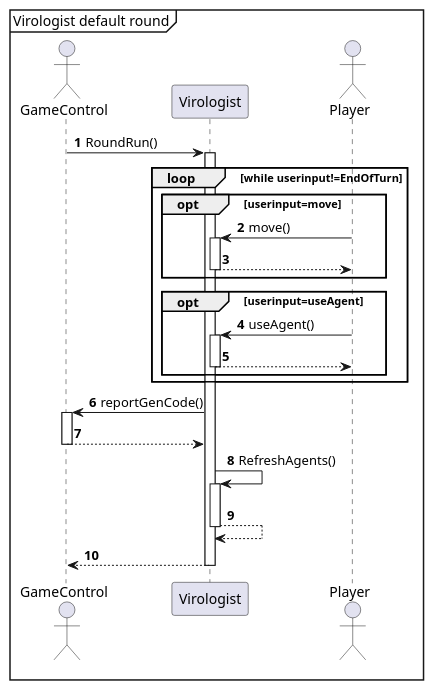
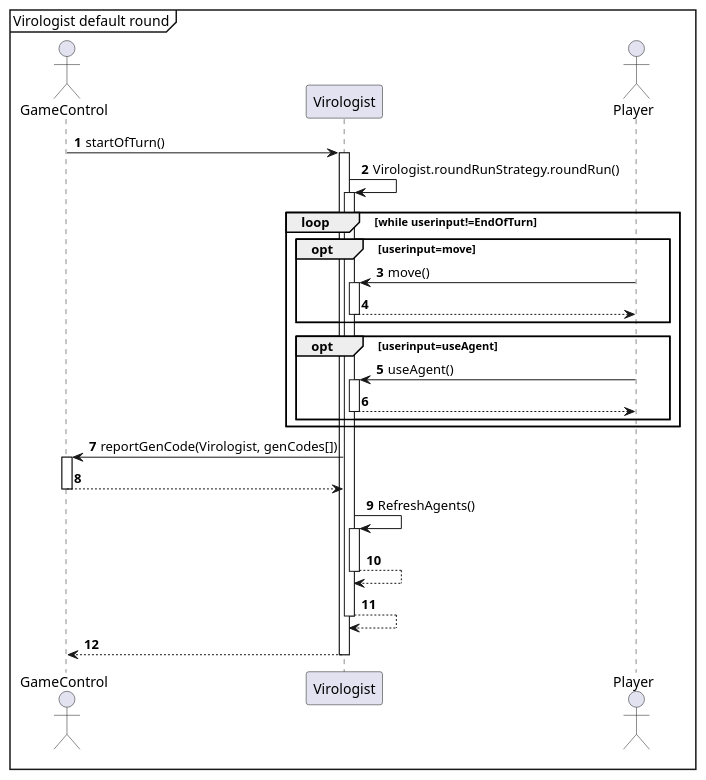
The diagram in sequence-diagram/RoundFlow/RoundFlow.puml (Projlab-csb/projlab-virologus), drawn with PlantUML before and after one commit. The commit also changed 5 other files, not shown here.

```diff
--- a/sequence-diagram/RoundFlow/RoundFlow.puml
+++ b/sequence-diagram/RoundFlow/RoundFlow.puml
@@ -1,45 +1,44 @@
 @startuml
 'https://plantuml.com/sequence-diagram
 
 autonumber
 
 mainframe Virologist default round
 
 actor GameControl
-GameControl -> Virologist: RoundRun()
-Activate Virologist
+GameControl -> Virologist++: startOfTurn()
+Virologist -> Virologist++: Virologist.roundRunStrategy.roundRun()
+
 loop while userinput!=EndOfTurn
     actor Player
     opt userinput=move
         Player->Virologist:move()
         Activate Virologist
         Virologist-->Player
         Deactivate Virologist
     end
     opt userinput=useAgent
         Player->Virologist:useAgent()
         Activate Virologist
         Virologist-->Player
         Deactivate Virologist
     end
 end
-Virologist->GameControl:reportGenCode()
+Virologist->GameControl:reportGenCode(Virologist, genCodes[])
 Activate GameControl
 
 
 GameControl-->Virologist
 deactivate GameControl
 
-
-Virologist->Virologist: RefreshAgents()
-Activate Virologist
-Virologist-->Virologist
-deactivate Virologist
+Virologist->Virologist++: RefreshAgents()
+Virologist-->Virologist--
+Virologist-->Virologist--
 
 
-Virologist-->GameControl
-Deactivate Virologist
+
+Virologist-->GameControl--
 
 
 
 @enduml
```
